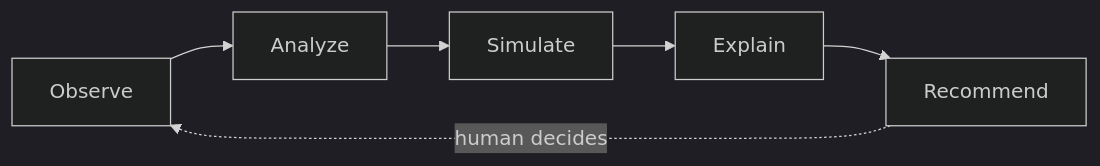
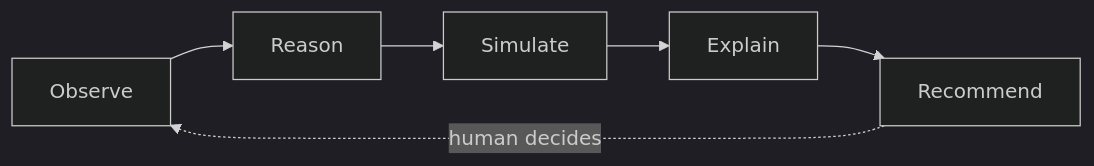
One commit to ShouryaVeggalam/AetherOS changed the first of 2 diagrams in README.md. Above: the diagram before and after it, drawn with Mermaid (dark theme). The commit also changed other lines of this file and 31 other files, not shown here.

````diff
--- a/README.md
+++ b/README.md
@@ -88,8 +87,8 @@
 ```mermaid
 flowchart LR
-    A[Observe] --> B[Analyze]
+    A[Observe] --> B[Reason]
     B --> C[Simulate]
     C --> D[Explain]
     D --> E[Recommend]
     E -.->|human decides| A
 ```
````
